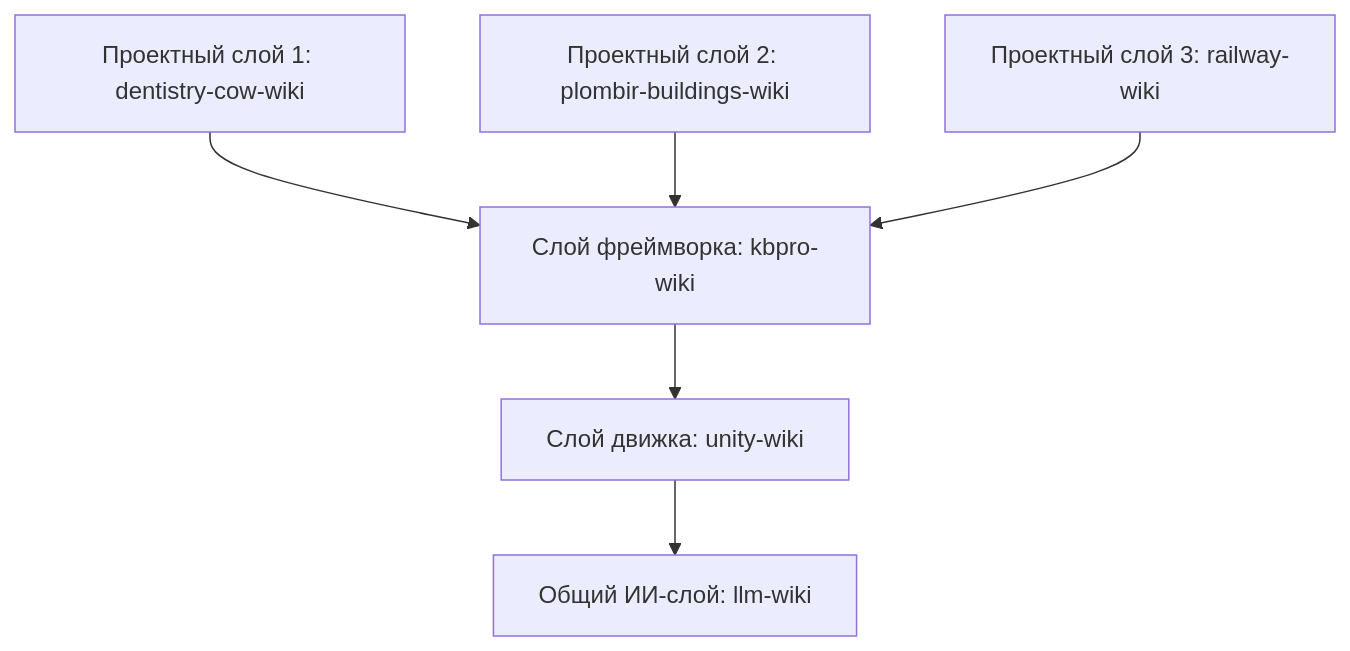
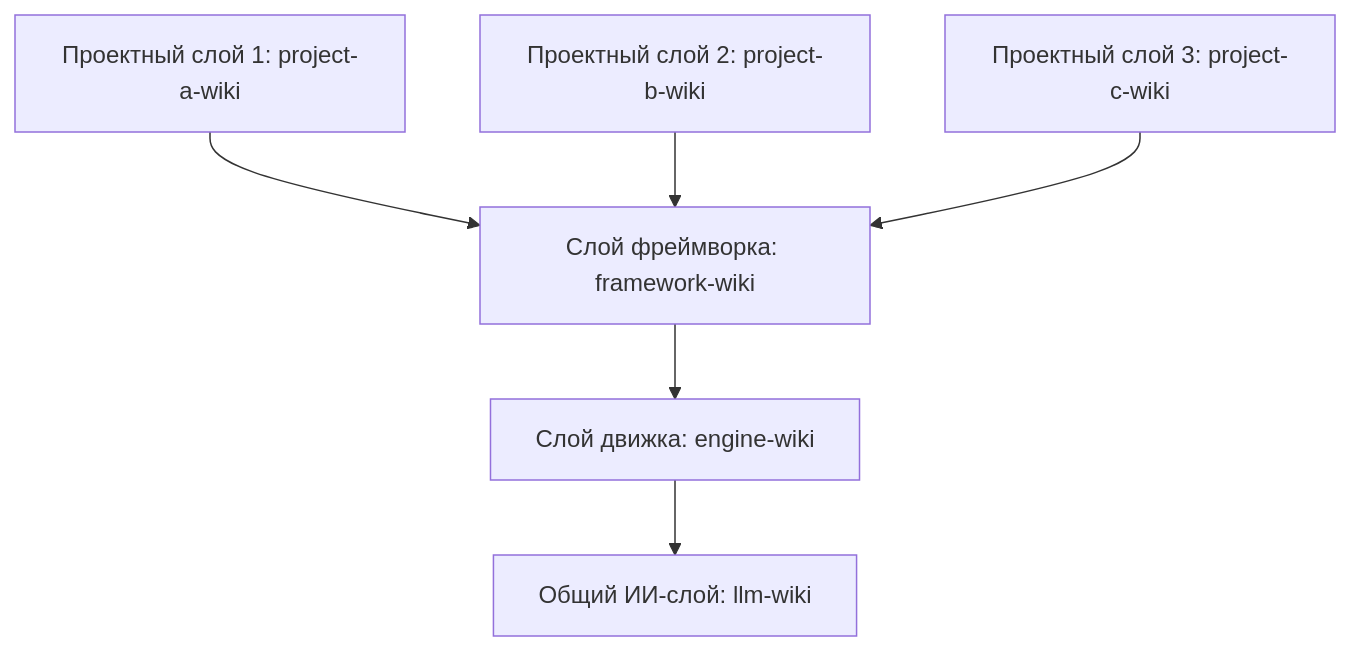
One commit to gDavASko/DavASkoLLMWiki changed the first of 2 diagrams in README.ru.md. Above: the diagram before and after it, drawn with Mermaid. The commit also changed other lines of this file and 7 other files, not shown here.

````diff
--- a/README.ru.md
+++ b/README.ru.md
@@ -14,8 +14,8 @@
 ```mermaid
 graph TD
-    Project1[Проектный слой 1: dentistry-cow-wiki] --> Framework[Слой фреймворка: kbpro-wiki]
-    Project2[Проектный слой 2: plombir-buildings-wiki] --> Framework
-    Project3[Проектный слой 3: railway-wiki] --> Framework
-    Framework --> Engine[Слой движка: unity-wiki]
+    Project1[Проектный слой 1: project-a-wiki] --> Framework[Слой фреймворка: framework-wiki]
+    Project2[Проектный слой 2: project-b-wiki] --> Framework
+    Project3[Проектный слой 3: project-c-wiki] --> Framework
+    Framework --> Engine[Слой движка: engine-wiki]
     Engine --> Root[Общий ИИ-слой: llm-wiki]
 ```
````
